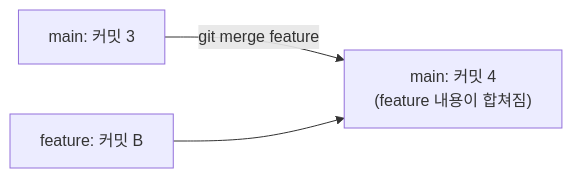
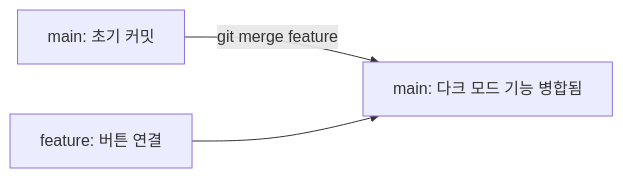
One commit to SeungBinYang/my-blog changed the third of 4 diagrams in _posts/2026-08-31-git-week1-commands.md. Above: the diagram before and after it, drawn with Mermaid. The commit also changed other lines of this file, not shown here.

```diff
--- a/_posts/2026-08-31-git-week1-commands.md
+++ b/_posts/2026-08-31-git-week1-commands.md
@@ -117,5 +108,5 @@
 <pre class="mermaid">
 flowchart LR
-    M3["main: 커밋 3"] -- "git merge feature" --> M4["main: 커밋 4<br/>(feature 내용이 합쳐짐)"]
-    B2["feature: 커밋 B"] --> M4
+    M2["main: 초기 커밋"] -- "git merge feature" --> M3["main: 다크 모드 기능 병합됨"]
+    B2["feature: 버튼 연결"] --> M3
 </pre>
```
